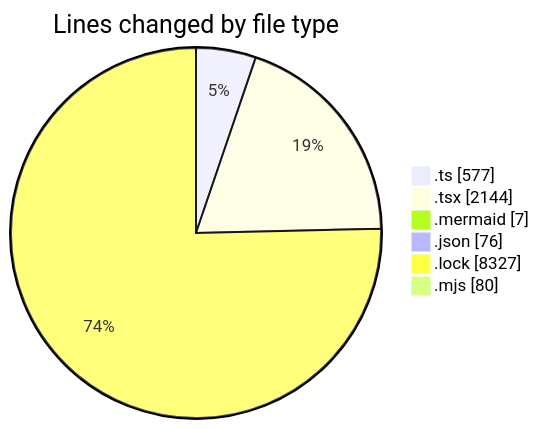
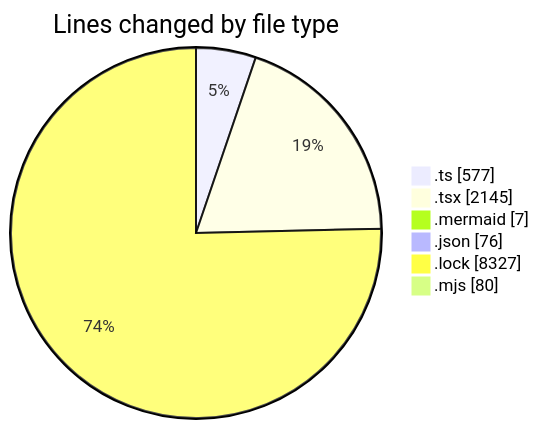
The first of 2 diagrams in 2026-09-08/cda/README.md (momahboobian/code-tracking), drawn with Mermaid before and after one commit. The commit also changed other lines of this file and 1 other file, not shown here.

````diff
--- a/2026-09-08/cda/README.md
+++ b/2026-09-08/cda/README.md
@@ -48,10 +48,10 @@
 ```mermaid
 pie showData
 title Lines changed by file type
 ".ts" : 577
-".tsx" : 2144
+".tsx" : 2145
 ".mermaid" : 7
 ".json" : 76
 ".lock" : 8327
 ".mjs" : 80
 ```
````
